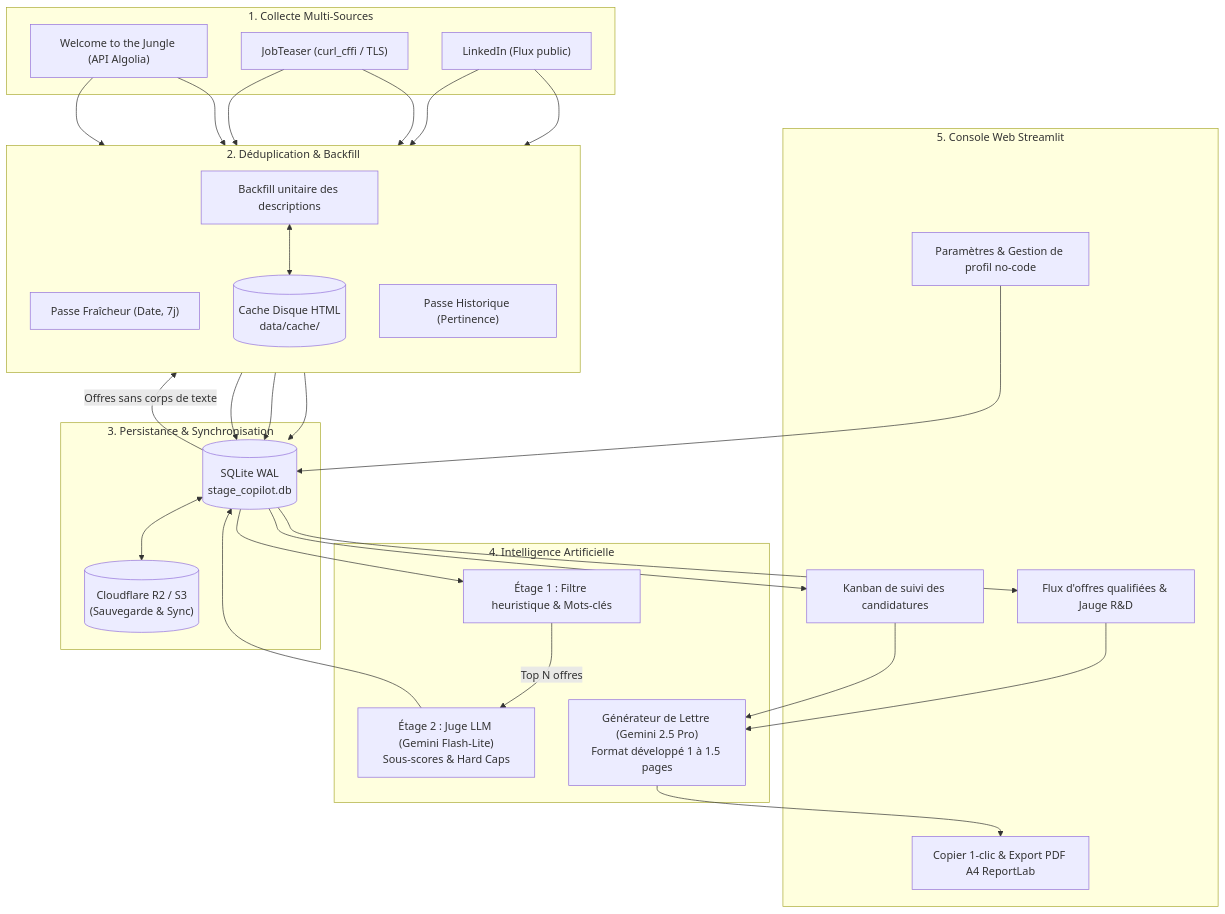
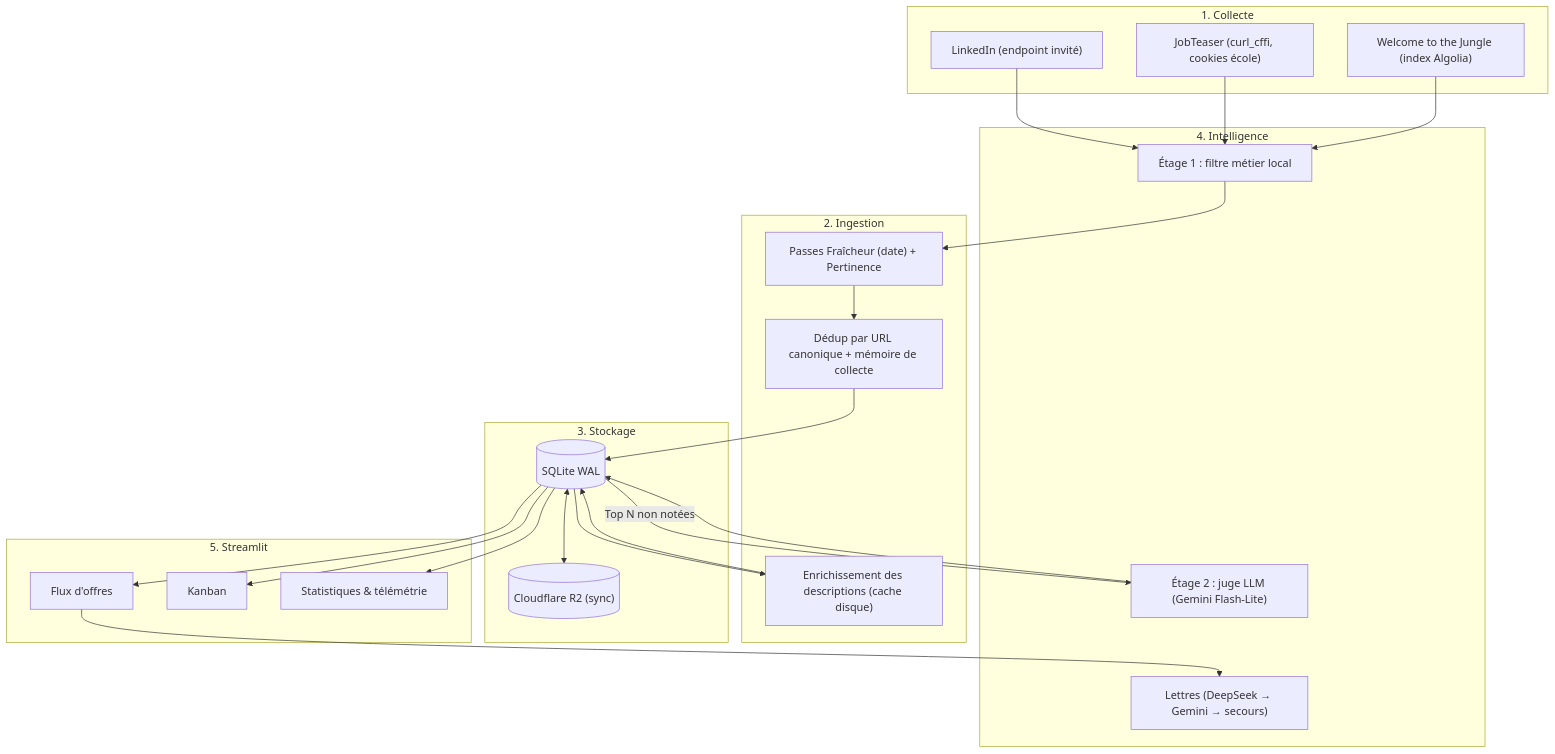
One commit to eddy-decastro/Assistant_de_recherche_de_stage_IA changed the diagram in README.md. Above: the diagram before and after it, drawn with Mermaid. The commit also changed other lines of this file, not shown here.

First line of the commit message:
README : réécriture cohérente avec le code

````diff
--- a/README.md
+++ b/README.md
@@ -50,48 +48,38 @@
 ```mermaid
 flowchart TD
-    subgraph Sources ["1. Collecte Multi-Sources"]
-        LI["LinkedIn (Flux public)"]
-        JT["JobTeaser (curl_cffi / TLS)"]
-        WTTJ["Welcome to the Jungle (API Algolia)"]
+    subgraph Sources ["1. Collecte"]
+        LI["LinkedIn (endpoint invité)"]
+        JT["JobTeaser (curl_cffi, cookies école)"]
+        WTTJ["Welcome to the Jungle (index Algolia)"]
     end
 
-    subgraph Ingestion ["2. Déduplication & Backfill"]
-        direction TB
-        F["Passe Fraîcheur (Date, 7j)"]
-        R["Passe Historique (Pertinence)"]
-        CACHE[("Cache Disque HTML\ndata/cache/")]
-        BF["Backfill unitaire des descriptions"]
+    subgraph Ingestion ["2. Ingestion"]
+        P["Passes Fraîcheur (date) + Pertinence"]
+        D["Dédup par URL canonique + mémoire de collecte"]
+        BF["Enrichissement des descriptions (cache disque)"]
     end
 
-    subgraph Stockage ["3. Persistance & Synchronisation"]
-        DB[("SQLite WAL\nstage_copilot.db")]
-        R2[("Cloudflare R2 / S3\n(Sauvegarde & Sync)")]
+    subgraph Stockage ["3. Stockage"]
+        DB[("SQLite WAL")]
+        R2[("Cloudflare R2 (sync)")]
     end
 
-    subgraph Intelligence ["4. Intelligence Artificielle"]
-        FILTRE["Étage 1 : Filtre heuristique & Mots-clés"]
-        JUDGE["Étage 2 : Juge LLM (Gemini Flash-Lite)\nSous-scores & Hard Caps"]
-        GEN["Générateur de Lettre (Gemini 2.5 Pro)\nFormat développé 1 à 1.5 pages"]
+    subgraph IA ["4. Intelligence"]
+        S1["Étage 1 : filtre métier local"]
+        S2["Étage 2 : juge LLM (Gemini Flash-Lite)"]
+        GEN["Lettres (DeepSeek → Gemini → secours)"]
     end
 
-    subgraph UI ["5. Console Web Streamlit"]
-        UI1["Flux d'offres qualifiées & Jauge R&D"]
-        UI2["Kanban de suivi des candidatures"]
-        UI3["Copier 1-clic & Export PDF A4 ReportLab"]
-        UI4["Paramètres & Gestion de profil no-code"]
+    subgraph UI ["5. Streamlit"]
+        FEED["Flux d'offres"]
+        KB["Kanban"]
+        STATS["Statistiques & télémétrie"]
     end
 
-    LI & JT & WTTJ --> F & R
-    F & R --> DB
-    DB -->|Offres sans corps de texte| BF
-    BF <--> CACHE
-    BF --> DB
-    DB --> FILTRE
-    FILTRE -->|Top N offres| JUDGE
-    JUDGE --> DB
+    LI & JT & WTTJ --> S1 --> P --> D --> DB
+    DB --> BF --> DB
+    DB -->|Top N non notées| S2 --> DB
     DB <--> R2
-    DB --> UI1 & UI2
-    UI1 & UI2 --> GEN
-    GEN --> UI3
-    UI4 --> DB
+    DB --> FEED & KB & STATS
+    FEED --> GEN
 ```
````
